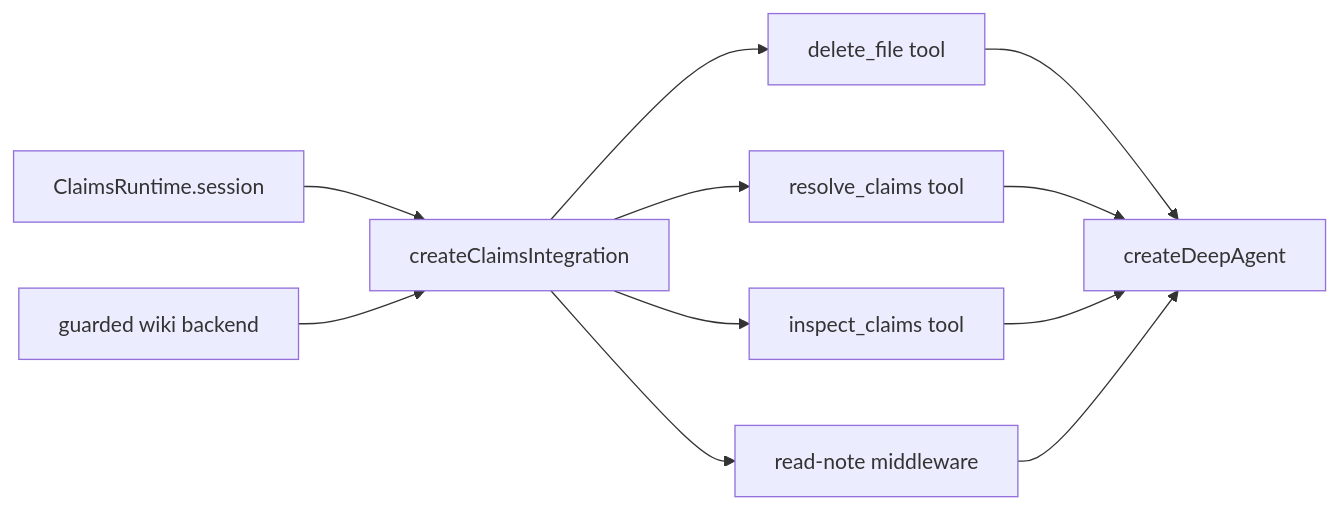
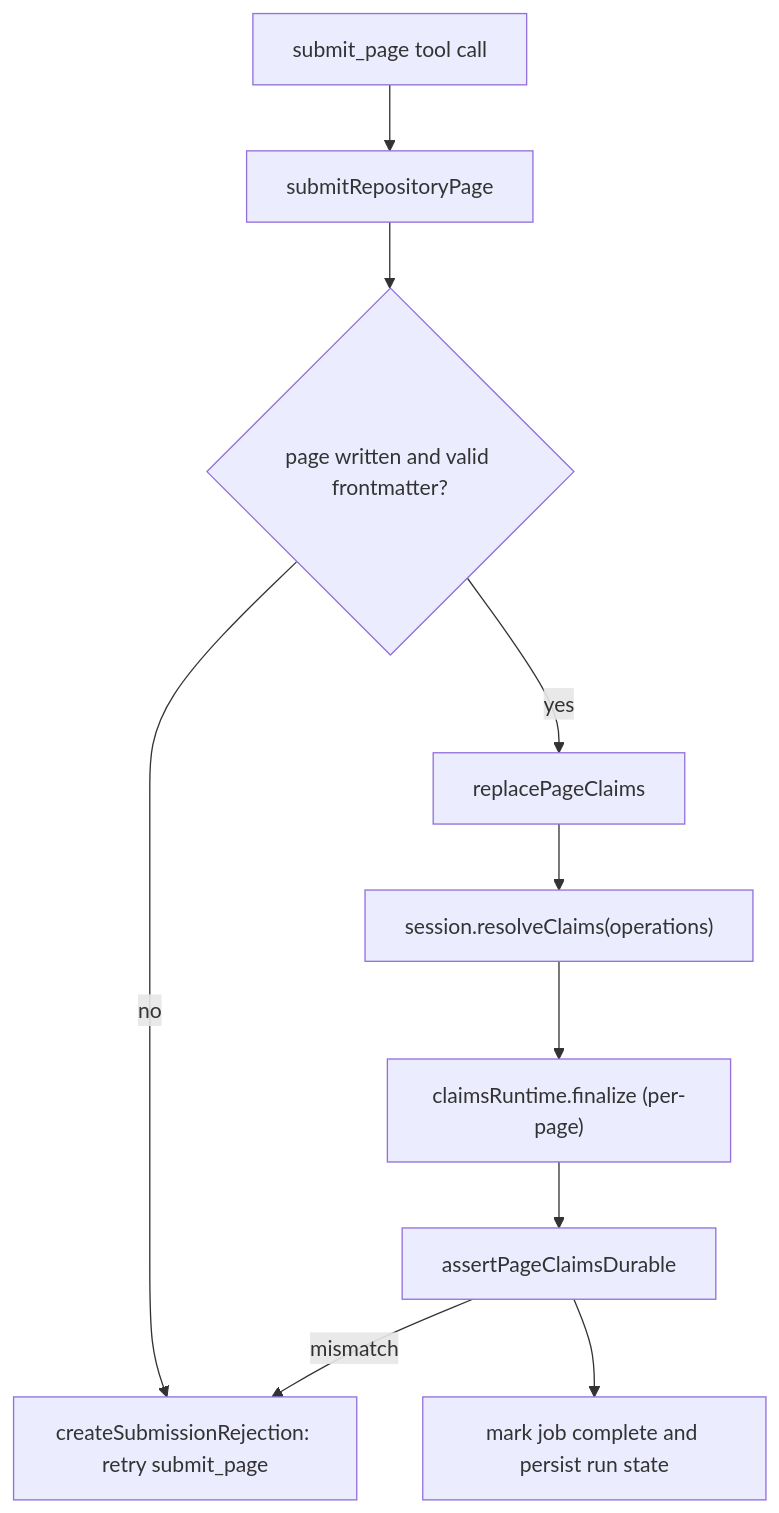
One commit to langchain-ai/openwiki changed the second of 2 diagrams in openwiki/claims/agent-integration.md. Above: the diagram before and after it, drawn with Mermaid. The commit also changed other lines of this file and 68 other files, not shown here.

````diff
--- a/openwiki/claims/agent-integration.md
+++ b/openwiki/claims/agent-integration.md
@@ -36,10 +123,12 @@
 ```mermaid
-flowchart LR
-    RT["ClaimsRuntime.session"] --> INT["createClaimsIntegration"]
-    BK["guarded wiki backend"] --> INT
-    INT --> DEL["delete_file tool"]
-    INT --> RES["resolve_claims tool"]
-    INT --> INS["inspect_claims tool"]
-    INT --> MW["read-note middleware"]
-    DEL & RES & INS & MW --> Graph["createDeepAgent"]
+flowchart TD
+    Call["submit_page tool call"] --> Validate["submitRepositoryPage"]
+    Validate --> ReadGate{"page written and valid frontmatter?"}
+    ReadGate -- no --> Reject["createSubmissionRejection: retry submit_page"]
+    ReadGate -- yes --> Replace["replacePageClaims"]
+    Replace --> Resolve["session.resolveClaims(operations)"]
+    Resolve --> Persist["claimsRuntime.finalize (per-page)"]
+    Persist --> Durable["assertPageClaimsDurable"]
+    Durable --> Advance["mark job complete and persist run state"]
+    Durable -- mismatch --> Reject
 ```
````
